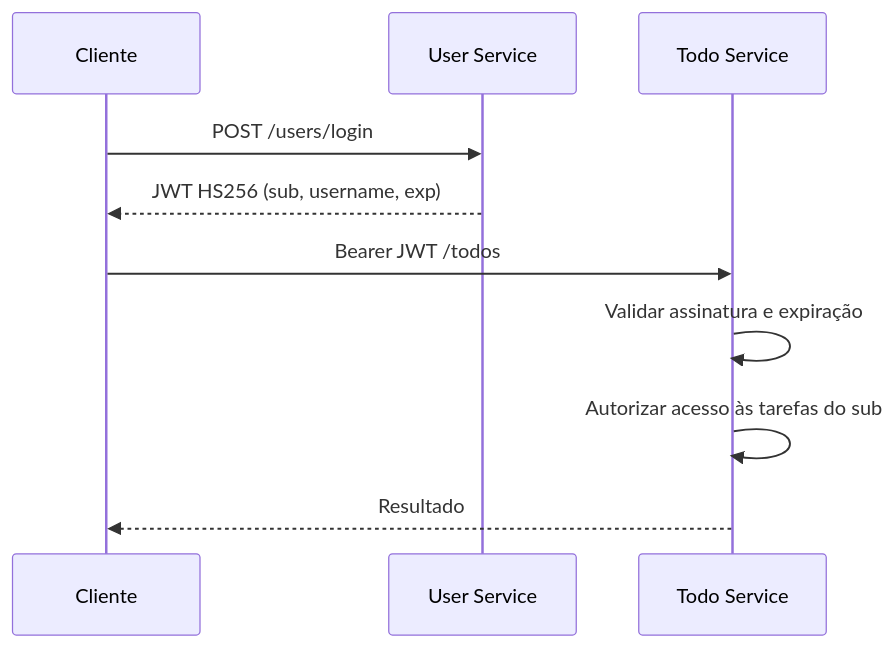
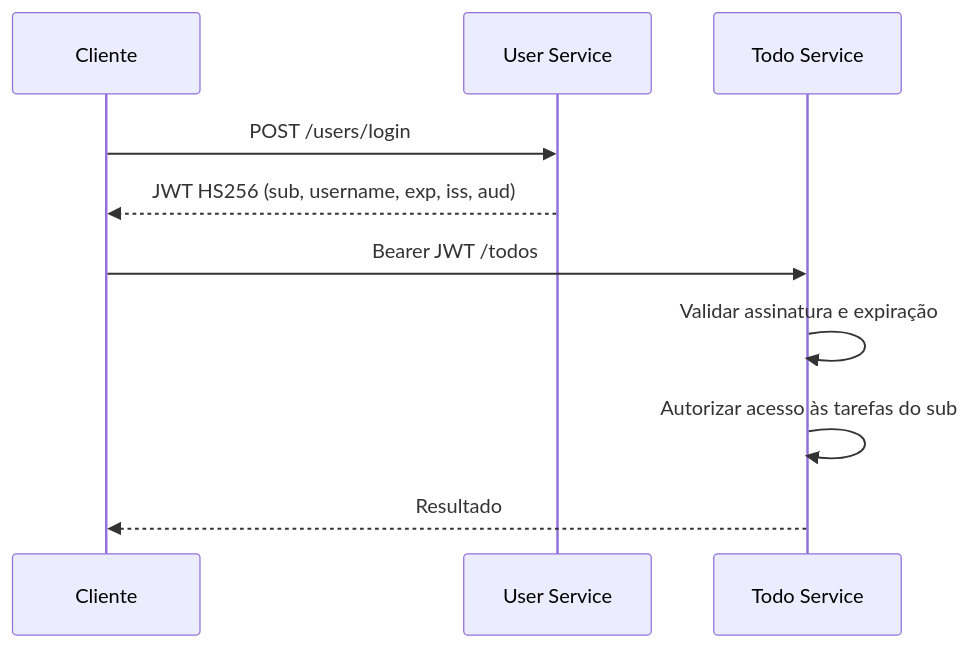
One commit to danmaciel/monorepo_sistema_todo_com_microservices changed the diagram in docs/JWT_SECURITY.md. Above: the diagram before and after it, drawn with Mermaid. The commit also changed other lines of this file and 3 other files, not shown here.

````diff
--- a/docs/JWT_SECURITY.md
+++ b/docs/JWT_SECURITY.md
@@ -13,12 +13,12 @@
 ```mermaid
 sequenceDiagram
     participant C as Cliente
     participant U as User Service
     participant T as Todo Service
     C->>U: POST /users/login
-    U-->>C: JWT HS256 (sub, username, exp)
+    U-->>C: JWT HS256 (sub, username, exp, iss, aud)
     C->>T: Bearer JWT /todos
     T->>T: Validar assinatura e expiração
     T->>T: Autorizar acesso às tarefas do sub
     T-->>C: Resultado
 ```
````
